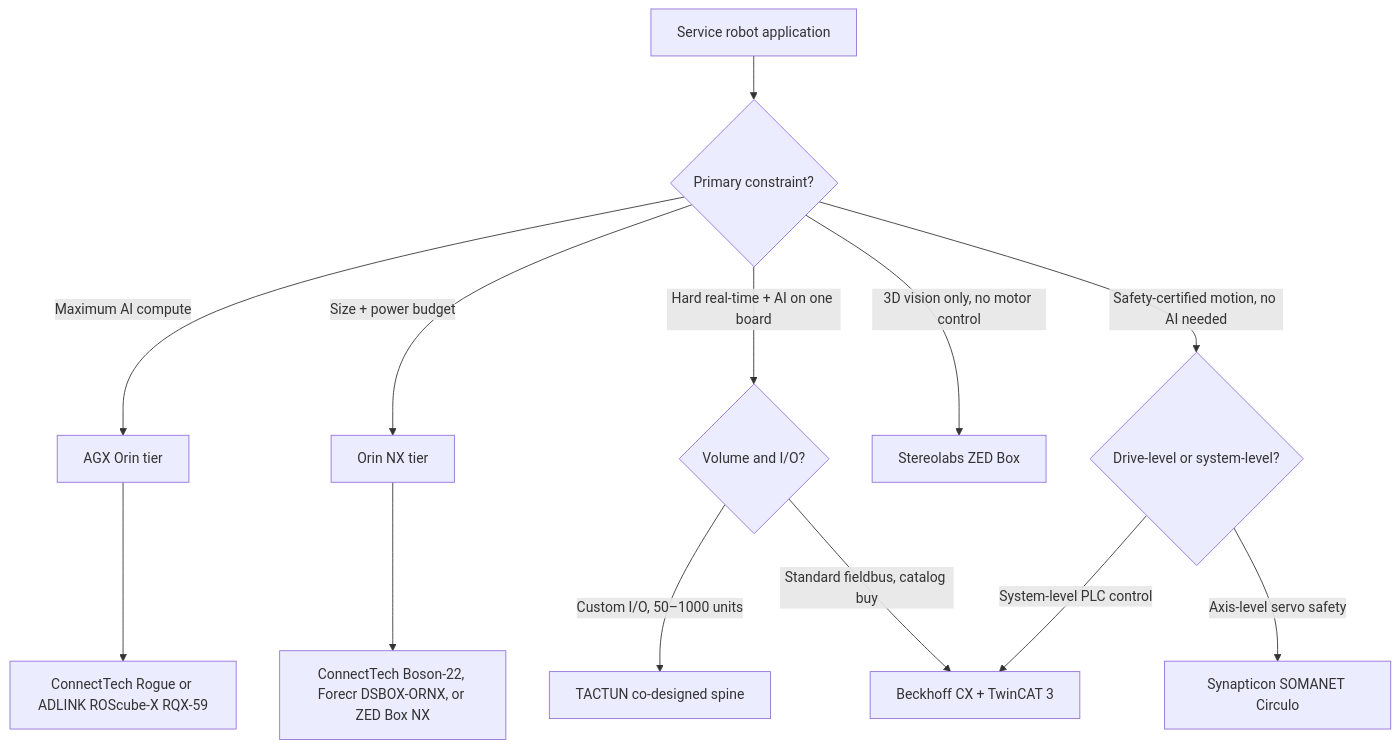
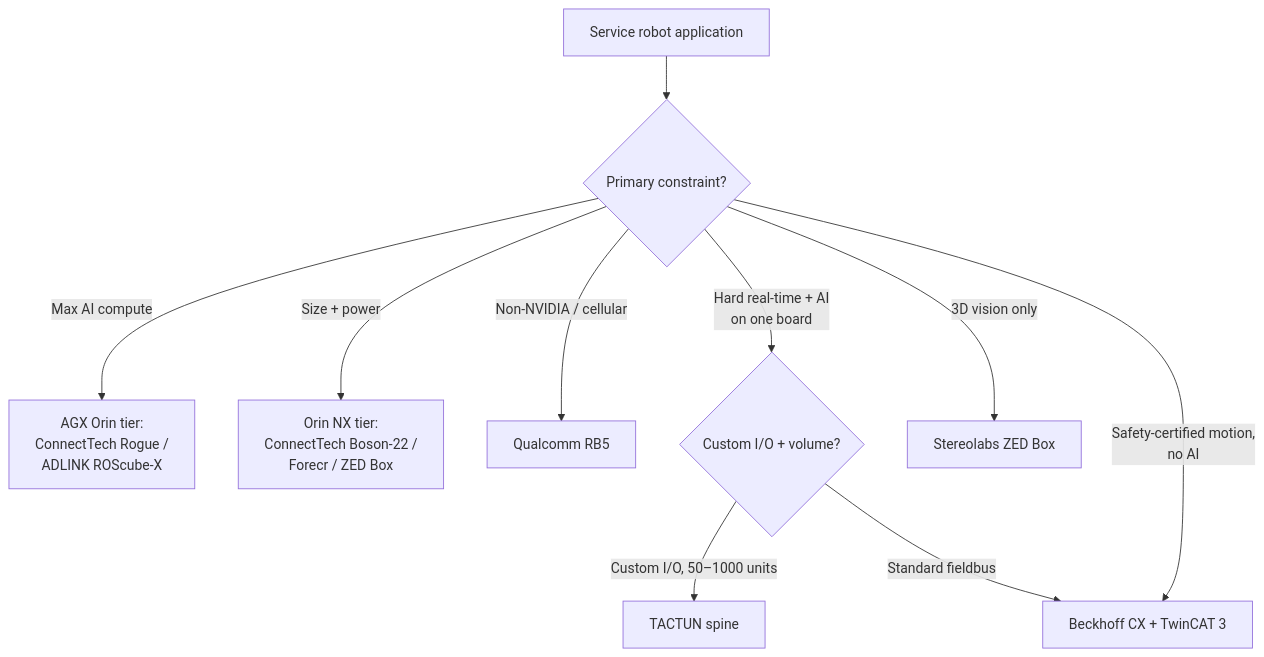
One commit to TacTun/brain4machinery-website changed the third of 3 diagrams in src/content/guides/top-10-hardware-brains-for-service-robotics.mdx. Above: the diagram before and after it, drawn with Mermaid. The commit also changed other lines of this file and 2 other files, not shown here.

````diff
--- a/src/content/guides/top-10-hardware-brains-for-service-robotics.mdx
+++ b/src/content/guides/top-10-hardware-brains-for-service-robotics.mdx
@@ -240,15 +242,12 @@
 ```mermaid
 flowchart TD
-    A[Service robot application] --> B{Primary constraint?}
-    B -->|Maximum AI compute| C[AGX Orin tier]
-    B -->|Size + power budget| D[Orin NX tier]
-    B -->|Hard real-time + AI on one board| E{Volume and I/O?}
-    B -->|3D vision only, no motor control| F[Stereolabs ZED Box]
-    B -->|Safety-certified motion, no AI needed| G{Drive-level or system-level?}
-    C --> C1[ConnectTech Rogue or ADLINK ROScube-X RQX-59]
-    D --> D1[ConnectTech Boson-22, Forecr DSBOX-ORNX, or ZED Box NX]
-    E -->|Custom I/O, 50–1000 units| H[TACTUN co-designed spine]
-    E -->|Standard fieldbus, catalog buy| I[Beckhoff CX + TwinCAT 3]
-    G -->|System-level PLC control| I
-    G -->|Axis-level servo safety| J[Synapticon SOMANET Circulo]
+    A["Service robot application"] --> B{"Primary constraint?"}
+    B -->|"Max AI compute"| C["AGX Orin tier:<br/>ConnectTech Rogue /<br/>ADLINK ROScube-X"]
+    B -->|"Size + power"| D["Orin NX tier:<br/>ConnectTech Boson-22 /<br/>Forecr / ZED Box"]
+    B -->|"Non-NVIDIA / cellular"| Q["Qualcomm RB5"]
+    B -->|"Hard real-time + AI<br/>on one board"| E{"Custom I/O + volume?"}
+    B -->|"3D vision only"| F["Stereolabs ZED Box"]
+    B -->|"Safety-certified motion,<br/>no AI"| I["Beckhoff CX + TwinCAT 3"]
+    E -->|"Custom I/O, 50–1000 units"| H["TACTUN spine"]
+    E -->|"Standard fieldbus"| I
 ```
````
